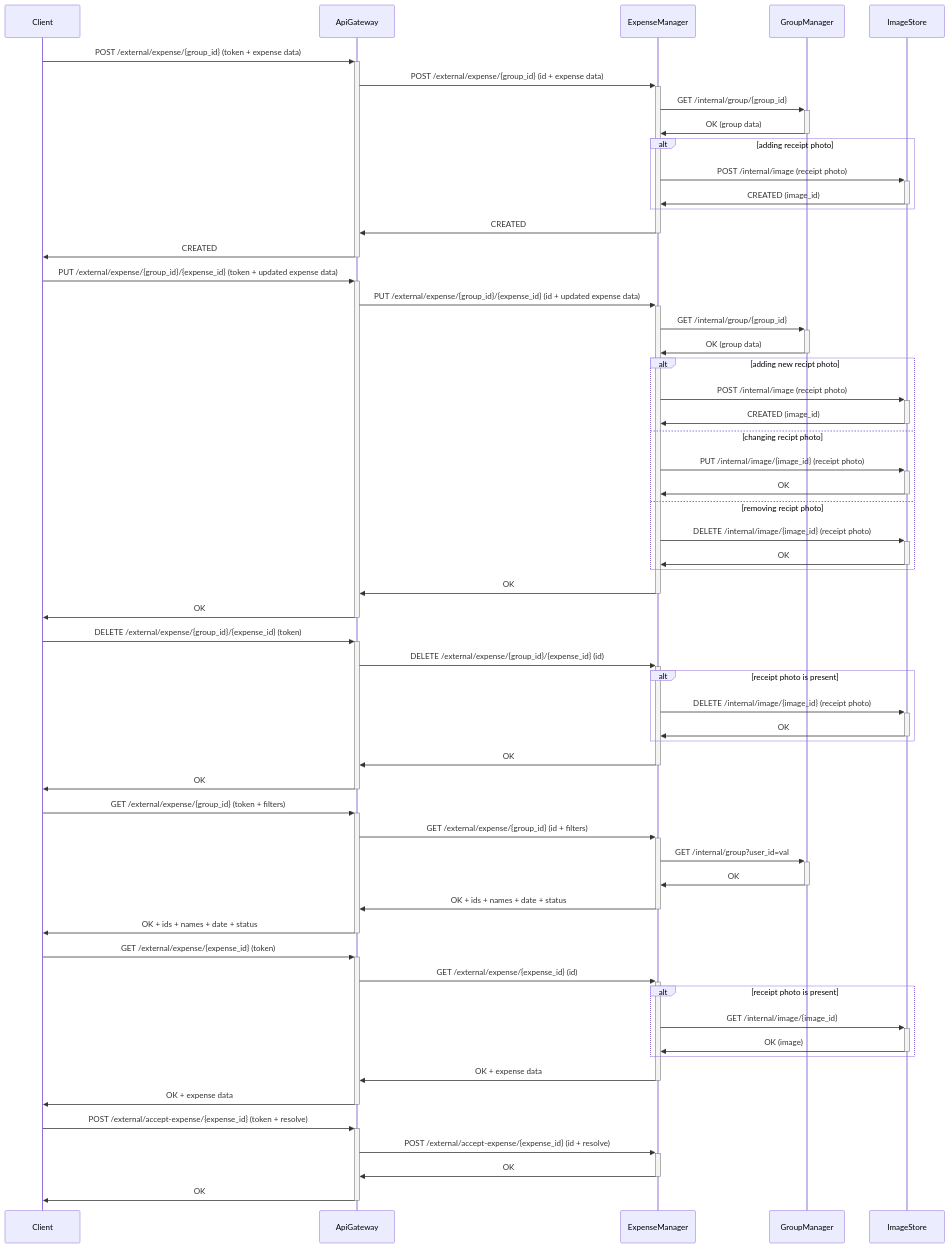
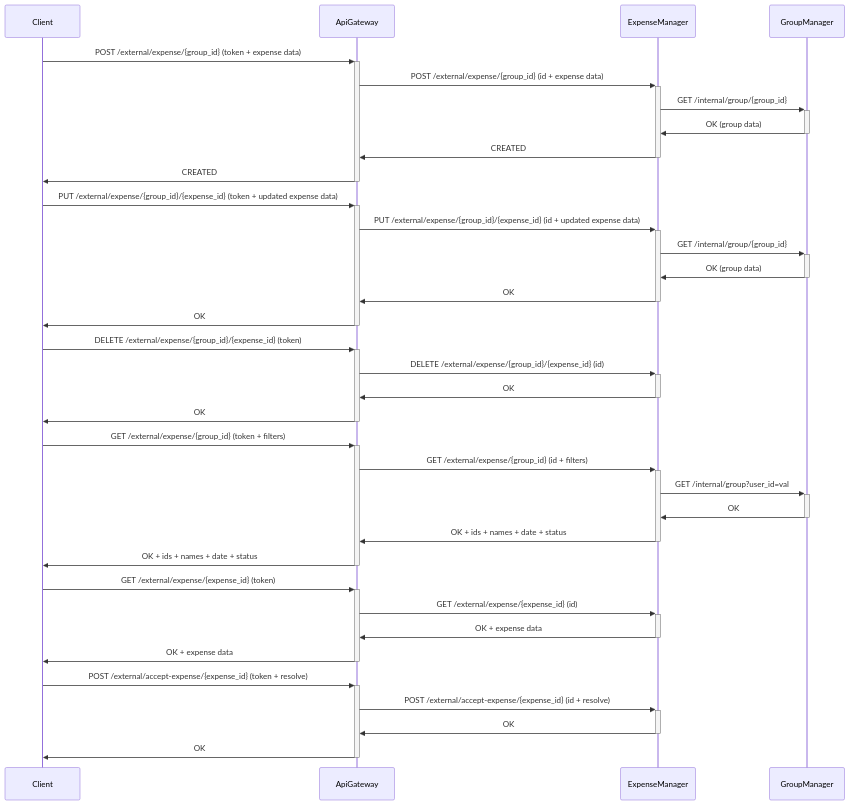
One commit to Group-Expense-Manager/gem-docs changed the fifth of 10 diagrams in docs/diagrams.md. Above: the diagram before and after it, drawn with Mermaid. The commit also changed other lines of this file, not shown here.

Commit message:
added ImageStore diagram

````diff
--- a/docs/diagrams.md
+++ b/docs/diagrams.md
@@ -184,63 +164,41 @@
 ``` mermaid
 sequenceDiagram
 
 Client->>+ApiGateway: POST /external/expense/{group_id} (token + expense data)
 ApiGateway->>+ExpenseManager: POST /external/expense/{group_id} (id + expense data)
 ExpenseManager->>+GroupManager: GET /internal/group/{group_id}
 GroupManager->>-ExpenseManager: OK (group data)
-alt adding receipt photo
-    ExpenseManager->>+ImageStore: POST /internal/image (receipt photo)
-    ImageStore->>-ExpenseManager: CREATED (image_id)
-end
 ExpenseManager->>-ApiGateway: CREATED
 ApiGateway->>-Client: CREATED
 
 
 Client->>+ApiGateway: PUT /external/expense/{group_id}/{expense_id} (token + updated expense data)
 ApiGateway->>+ExpenseManager: PUT /external/expense/{group_id}/{expense_id} (id + updated expense data)
 ExpenseManager->>+GroupManager: GET /internal/group/{group_id}
 GroupManager->>-ExpenseManager: OK (group data)
-alt adding new recipt photo
-    ExpenseManager->>+ImageStore: POST /internal/image (receipt photo)
-    ImageStore->>-ExpenseManager: CREATED (image_id)
-else changing recipt photo
-    ExpenseManager->>+ImageStore: PUT /internal/image/{image_id} (receipt photo)
-    ImageStore->>-ExpenseManager: OK
-else removing recipt photo
-    ExpenseManager->>+ImageStore: DELETE /internal/image/{image_id}  (receipt photo)
-    ImageStore->>-ExpenseManager: OK
-end
 ExpenseManager->>-ApiGateway: OK
 ApiGateway->>-Client: OK
 
 Client->>+ApiGateway: DELETE /external/expense/{group_id}/{expense_id} (token)
 ApiGateway->>+ExpenseManager: DELETE /external/expense/{group_id}/{expense_id} (id)
-alt receipt photo is present    
-    ExpenseManager->>+ImageStore: DELETE /internal/image/{image_id}  (receipt photo)
-    ImageStore->>-ExpenseManager: OK
-end
 ExpenseManager->>-ApiGateway: OK
 ApiGateway->>-Client: OK
 
 Client->>+ApiGateway: GET /external/expense/{group_id} (token + filters)
 ApiGateway->>+ExpenseManager: GET /external/expense/{group_id} (id + filters)
 ExpenseManager->>+GroupManager: GET /internal/group?user_id=val
 GroupManager->>-ExpenseManager: OK
 ExpenseManager->>-ApiGateway: OK + ids + names  + date + status
 ApiGateway->>-Client: OK + ids + names  + date + status
 
 
 Client->>+ApiGateway: GET /external/expense/{expense_id} (token)
 ApiGateway->>+ExpenseManager: GET /external/expense/{expense_id} (id)
-alt receipt photo is present 
-ExpenseManager->>+ImageStore: GET /internal/image/{image_id} 
-ImageStore->>-ExpenseManager: OK (image)
-end
 ExpenseManager->>-ApiGateway: OK + expense data
 ApiGateway->>-Client: OK + expense data
 
 Client->>+ApiGateway: POST /external/accept-expense/{expense_id} (token + resolve)
 ApiGateway->>+ExpenseManager: POST /external/accept-expense/{expense_id} (id + resolve)
 ExpenseManager->>-ApiGateway: OK
 ApiGateway->>-Client: OK
 ```
````
